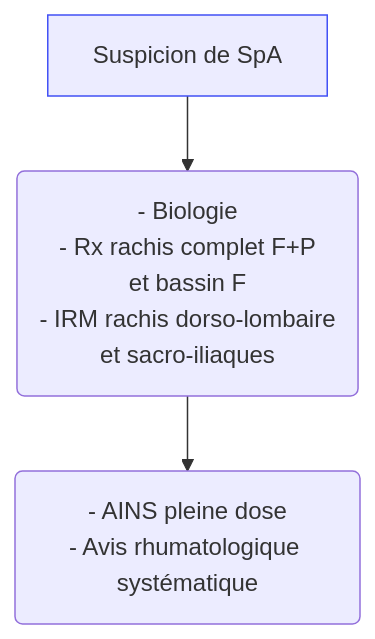
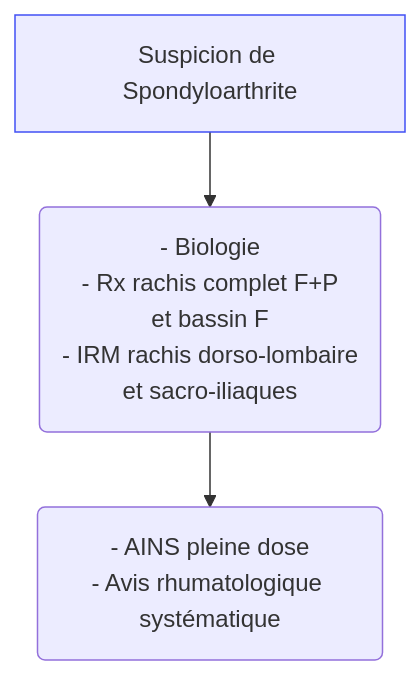
Before and after one commit to djibe/recommandations-medicales: the diagram in content/recommandations/spondylarthrite-ankylosante.md, drawn with Mermaid. The commit also changed other lines of this file and 19 other files, not shown here.

```diff
--- a/content/recommandations/spondylarthrite-ankylosante.md
+++ b/content/recommandations/spondylarthrite-ankylosante.md
@@ -379,6 +379,6 @@
 {{< mermaid title="Prise en charge d'une suspicion de spondylarthrite ankylosante par le médecin généraliste. Dr JB Fron d'après SFRhumato 2022" >}}
 graph TB
-  suspicion[Suspicion de SpA] --> bilan("- Biologie<br>- Rx rachis complet F+P<br>et bassin F<br>- IRM rachis dorso-lombaire<br>et sacro-iliaques") --> rhumato("- AINS pleine dose<br>- Avis rhumatologique systématique")
+  suspicion[Suspicion de Spondyloarthrite] --> bilan("- Biologie<br>- Rx rachis complet F+P<br>et bassin F<br>- IRM rachis dorso-lombaire<br>et sacro-iliaques") --> rhumato("- AINS pleine dose<br>- Avis rhumatologique systématique")
   style suspicion stroke:#4150f5, stroke-width:1px
 
 {{< /mermaid >}}
```
